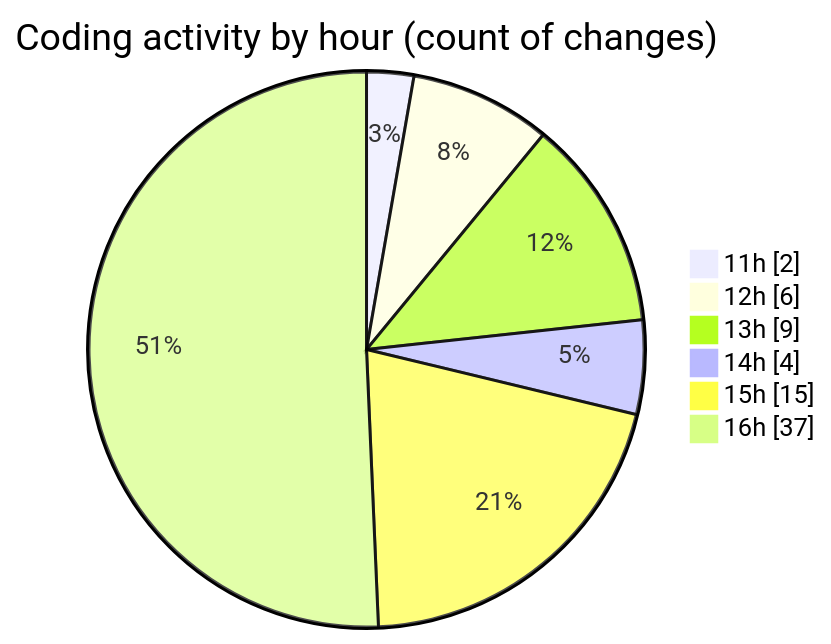
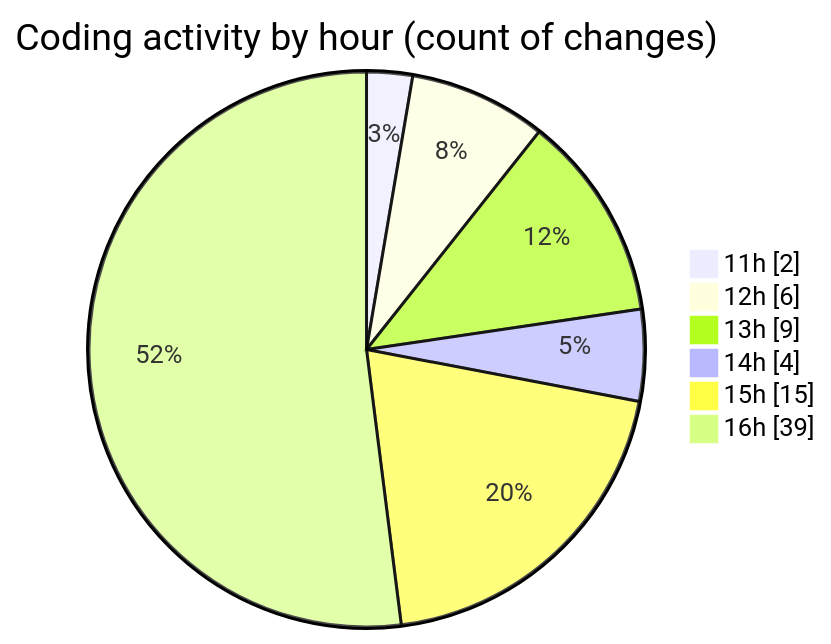
One commit to nxtqubesakshisongat/code-tracking changed the second of 2 diagrams in 2025-06-30/argos/README.md. Above: the diagram before and after it, drawn with Mermaid. The commit also changed other lines of this file and 1 other file, not shown here.

````diff
--- a/2025-06-30/argos/README.md
+++ b/2025-06-30/argos/README.md
@@ -34,10 +34,10 @@
 ```mermaid
 pie showData
 title Coding activity by hour (count of changes)
 "11h" : 2
 "12h" : 6
 "13h" : 9
 "14h" : 4
 "15h" : 15
-"16h" : 37
+"16h" : 39
 ```
````
